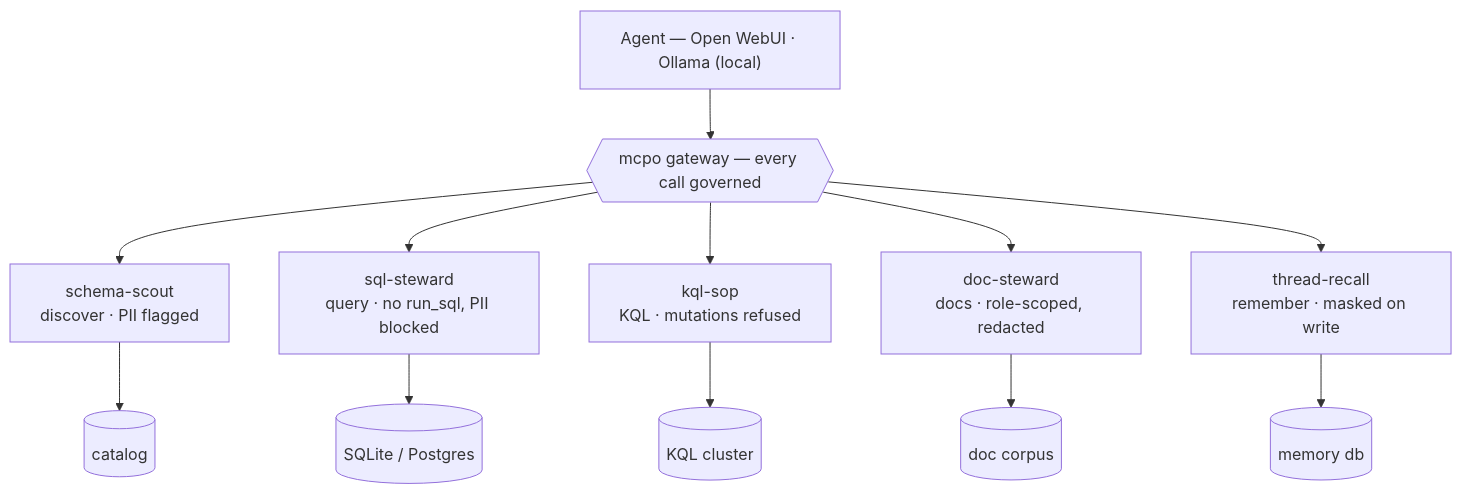
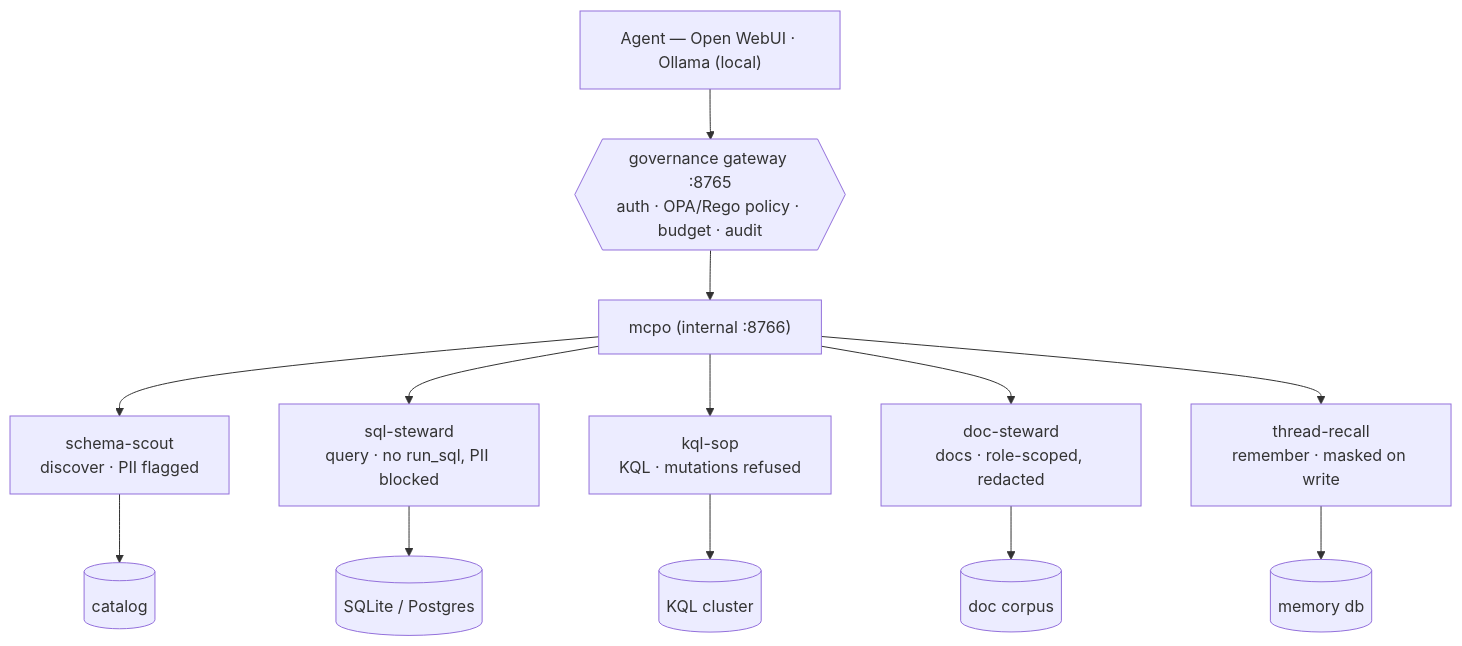
One commit to Pawansingh3889/governed-stack-demo changed the diagram in README.md. Above: the diagram before and after it, drawn with Mermaid. The commit also changed other lines of this file and 8 other files, not shown here.

First line of the commit message:
Add gateway auth and OPA/Rego policy layer (Tier 1)

````diff
--- a/README.md
+++ b/README.md
@@ -24,14 +24,15 @@
 ```mermaid
 flowchart TD
-    A["Agent — Open WebUI · Ollama (local)"] --> G{{"mcpo gateway — every call governed"}}
+    A["Agent — Open WebUI · Ollama (local)"] --> GW{{"governance gateway :8765<br/>auth · OPA/Rego policy · budget · audit"}}
+    GW --> G["mcpo (internal :8766)"]
     G --> S1["schema-scout<br/>discover · PII flagged"]
     G --> S2["sql-steward<br/>query · no run_sql, PII blocked"]
     G --> S3["kql-sop<br/>KQL · mutations refused"]
     G --> S4["doc-steward<br/>docs · role-scoped, redacted"]
     G --> S5["thread-recall<br/>remember · masked on write"]
     S1 --> B1[("catalog")]
     S2 --> B2[("SQLite / Postgres")]
     S3 --> B3[("KQL cluster")]
     S4 --> B4[("doc corpus")]
     S5 --> B5[("memory db")]
 ```
````
